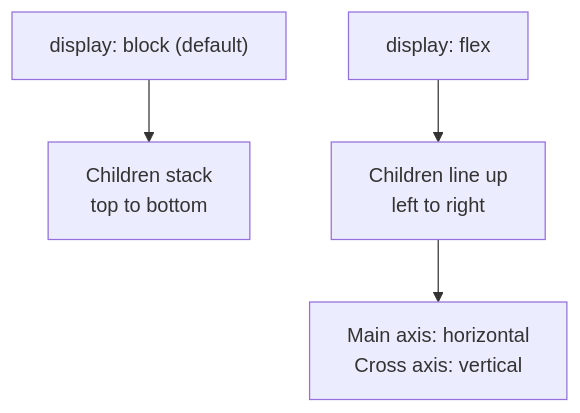
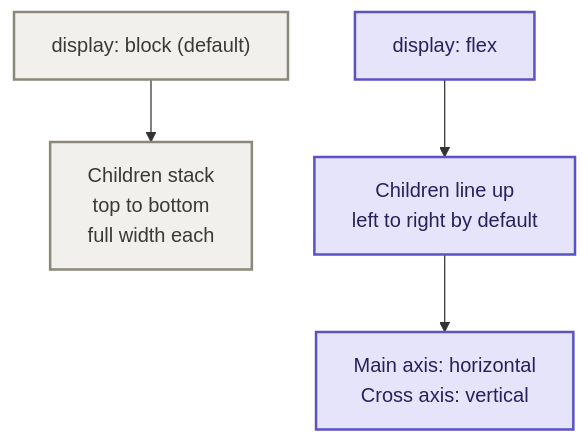
One commit to codewithz/mstap2026 changed the first of 5 diagrams in css-playground/css-explainers/03-flexbox-layout.md. Above: the diagram before and after it, drawn with Mermaid. The commit also changed other lines of this file and 2 other files, not shown here.

````diff
--- a/css-playground/css-explainers/03-flexbox-layout.md
+++ b/css-playground/css-explainers/03-flexbox-layout.md
@@ -21,6 +15,11 @@
 ```mermaid
 flowchart TD
-    A["display: block (default)"] --> B["Children stack<br/>top to bottom"]
-    C["display: flex"] --> D["Children line up<br/>left to right"]
+    A["display: block (default)"] --> B["Children stack<br/>top to bottom<br/>full width each"]
+    C["display: flex"] --> D["Children line up<br/>left to right by default"]
     D --> E["Main axis: horizontal<br/>Cross axis: vertical"]
+
+    classDef gray fill:#F1F0ED,stroke:#8A8878,stroke-width:2px,color:#3A3936
+    classDef indigo fill:#E6E4FB,stroke:#5B52C4,stroke-width:2px,color:#26215C
+    class A,B gray
+    class C,D,E indigo
 ```
````
